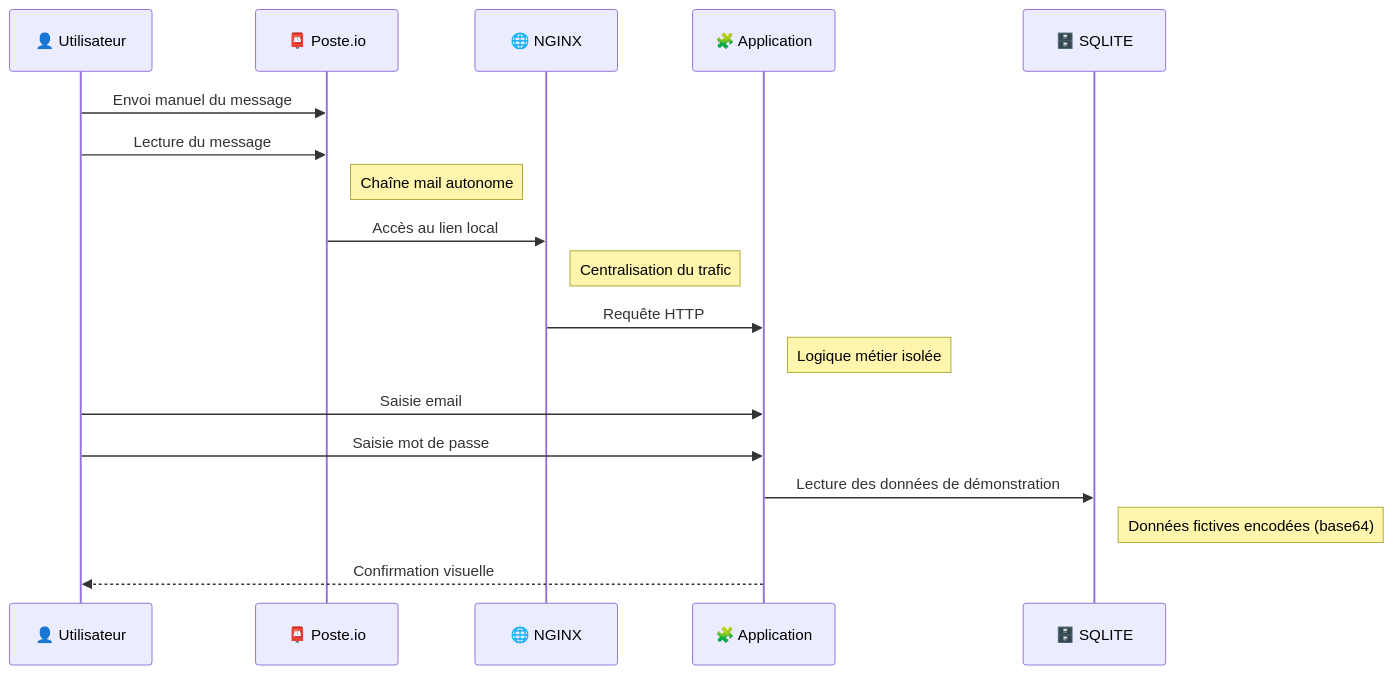
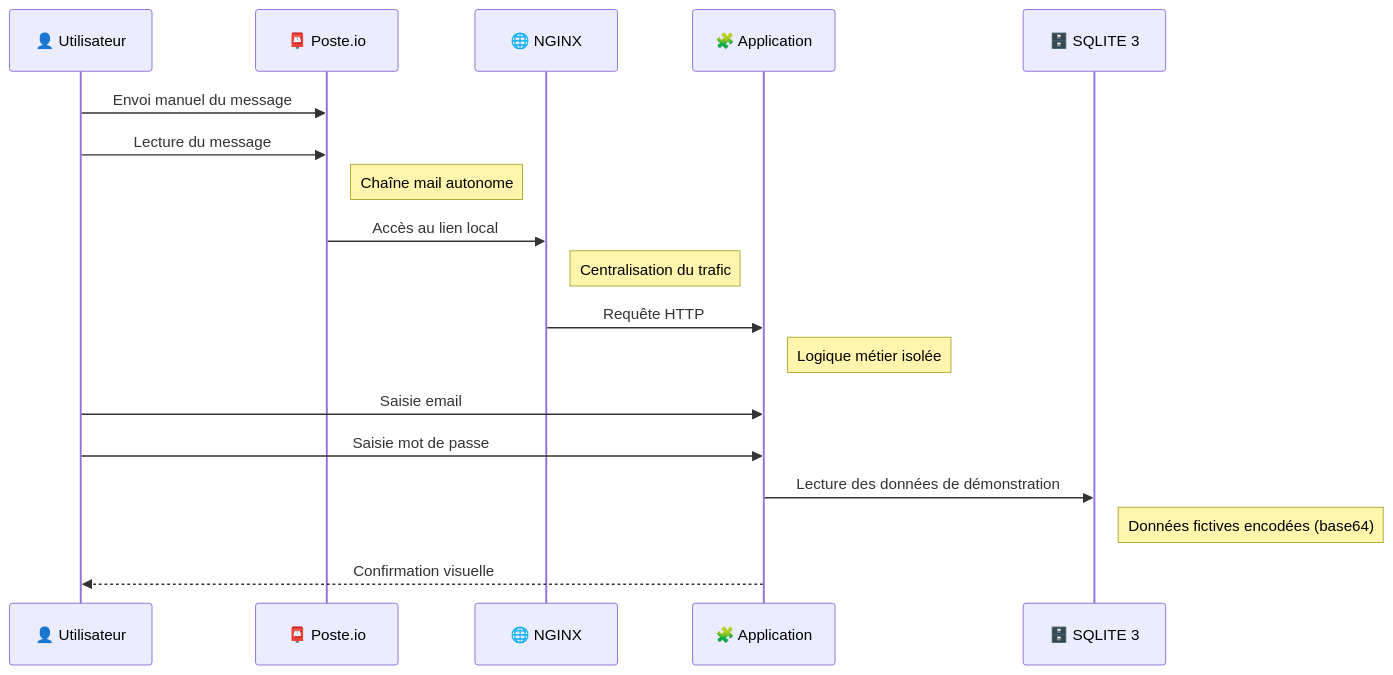
One commit to Alidrix/L_ATELIER changed the second of 2 diagrams in README.md. Above: the diagram before and after it, drawn with Mermaid. The commit also changed other lines of this file, not shown here.

````diff
--- a/README.md
+++ b/README.md
@@ -35,21 +35,21 @@
 ```mermaid
 sequenceDiagram
   participant U as 👤 Utilisateur
   participant M as 📮 Poste.io
   participant N as 🌐 NGINX
   participant A as 🧩 Application
-  participant D as 🗄️ SQLITE
+  participant D as 🗄️ SQLITE 3
 
   U->>M: Envoi manuel du message
   U->>M: Lecture du message
   Note right of M: Chaîne mail autonome
   M->>N: Accès au lien local
   Note right of N: Centralisation du trafic
   N->>A: Requête HTTP
   Note right of A: Logique métier isolée
   U->>A: Saisie email
   U->>A: Saisie mot de passe
   A->>D: Lecture des données de démonstration
   Note right of D: Données fictives encodées (base64)
   A-->>U: Confirmation visuelle
 ```
````
